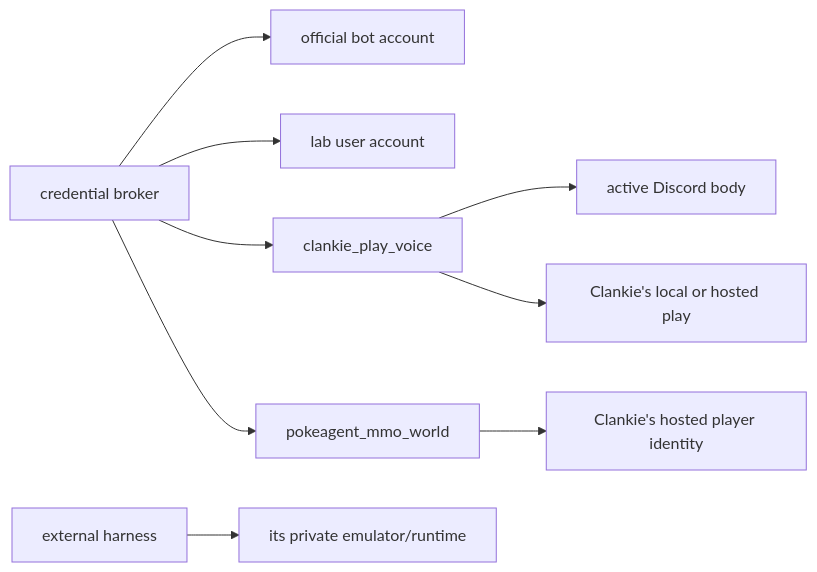
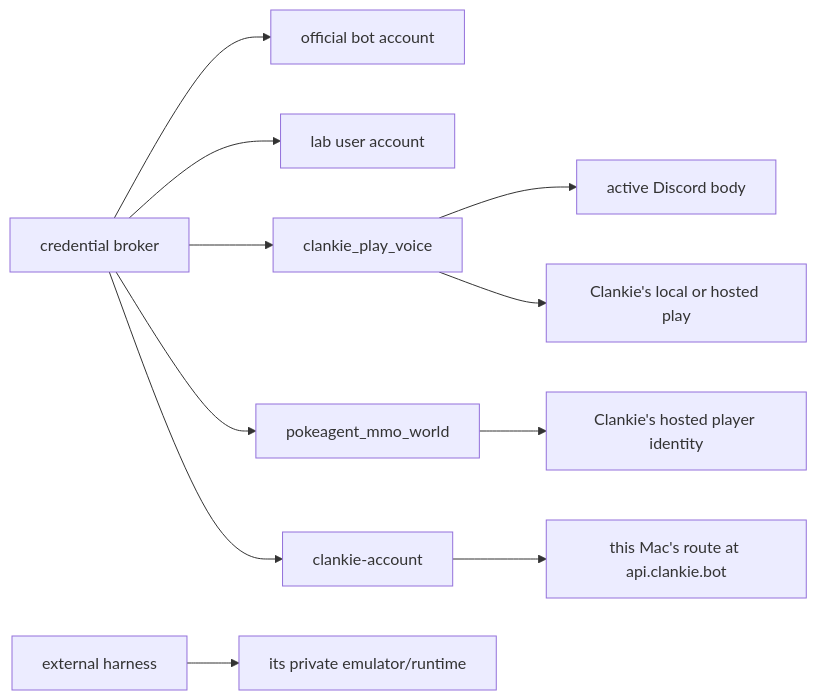
Before and after one commit to Volpestyle/clankie: the first of 2 diagrams in docs/credentials.md, drawn with Mermaid. The commit also changed other lines of this file and 3 other files, not shown here.

````diff
--- a/docs/credentials.md
+++ b/docs/credentials.md
@@ -44,12 +44,14 @@
 ```mermaid
 flowchart LR
   Broker[credential broker]
   Broker --> Bot[official bot account]
   Broker --> User[lab user account]
   Broker --> PlayVoice[clankie_play_voice]
   Broker --> Seat[pokeagent_mmo_world]
+  Broker --> Account[clankie-account]
+  Account --> Doorway[this Mac's route at api.clankie.bot]
   PlayVoice --> Active[active Discord body]
   PlayVoice --> ClankiePlay[Clankie's local or hosted play]
   Seat --> ClankieSeat[Clankie's hosted player identity]
   Harness[external harness] --> Private[its private emulator/runtime]
 ```
````
